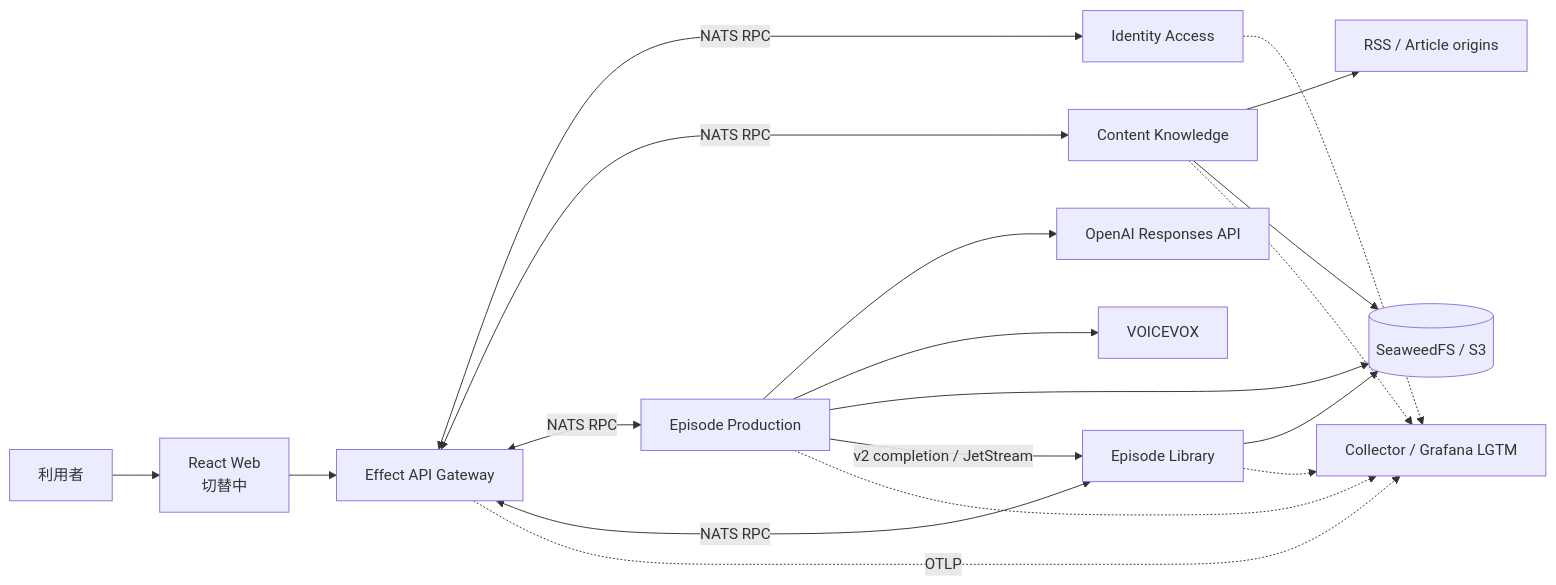
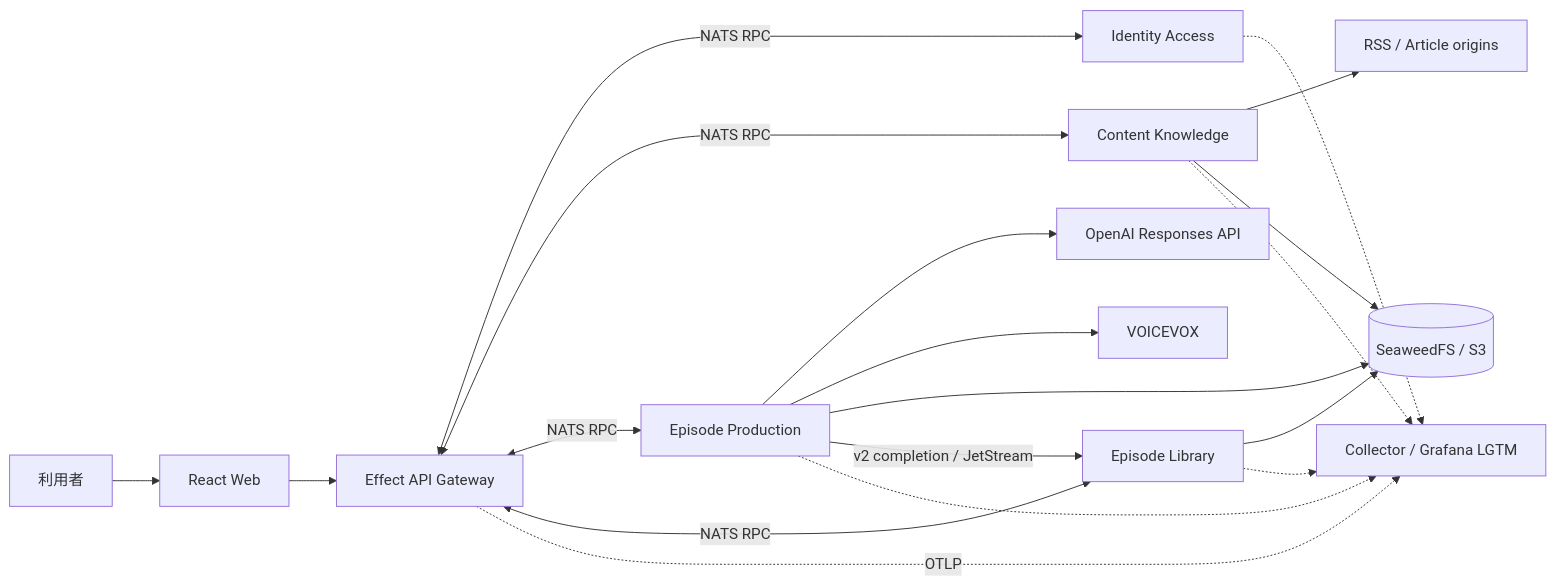
The first of 9 diagrams in docs/architecture.md (r4ai/news-podcast), drawn with Mermaid before and after one commit. The commit also changed other lines of this file and 9 other files, not shown here.

Commit message:
docs(architecture): close functional DDD migration

````diff
--- a/docs/architecture.md
+++ b/docs/architecture.md
@@ -22,21 +22,21 @@
 ```mermaid
 flowchart LR
-  User["利用者"] --> Web["React Web<br/>切替中"]
+  User["利用者"] --> Web["React Web"]
   Web --> Gateway["Effect API Gateway"]
   Gateway <-->|"NATS RPC"| Identity["Identity Access"]
   Gateway <-->|"NATS RPC"| Content["Content Knowledge"]
   Gateway <-->|"NATS RPC"| Production["Episode Production"]
   Gateway <-->|"NATS RPC"| Library["Episode Library"]
   Content --> RSS["RSS / Article origins"]
   Production --> OpenAI["OpenAI Responses API"]
   Production --> Voicevox["VOICEVOX"]
   Content --> Objects[("SeaweedFS / S3")]
   Production --> Objects
   Library --> Objects
   Production -->|"v2 completion / JetStream"| Library
   Gateway -.->|"OTLP"| Obs["Collector / Grafana LGTM"]
   Identity -.-> Obs
   Content -.-> Obs
   Production -.-> Obs
   Library -.-> Obs
 ```
````
